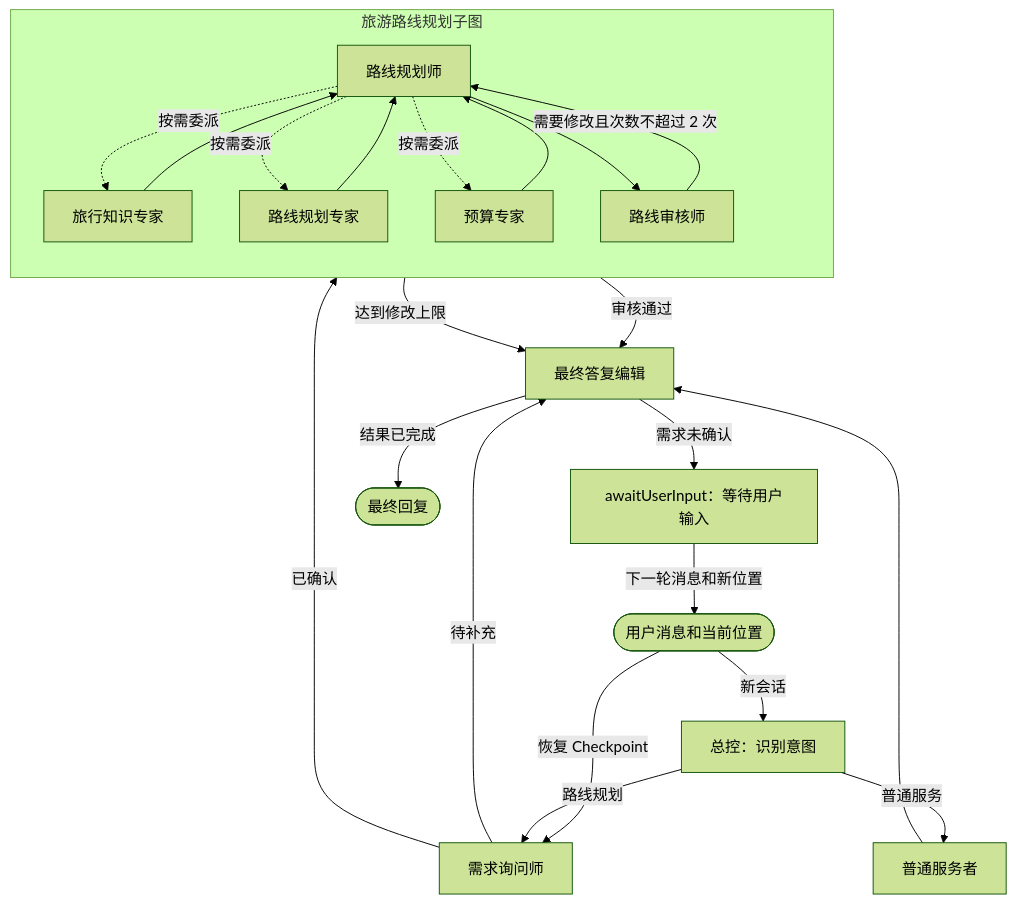
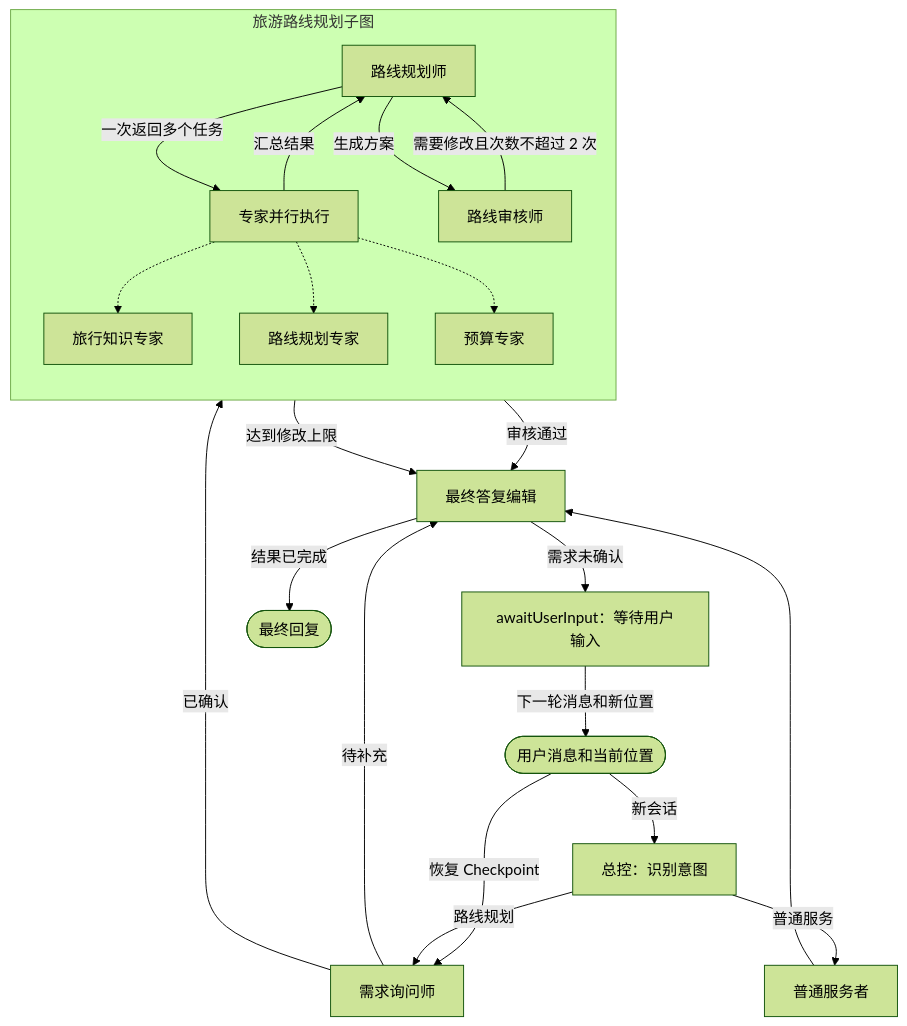
The second of 2 diagrams in README.md (NDAKJin/travel-agent), drawn with Mermaid (forest theme) before and after one commit. The commit also changed other lines of this file and 12 other files, not shown here.

````diff
--- a/README.md
+++ b/README.md
@@ -73,39 +75,39 @@
 ```mermaid
 flowchart TD
     message(["用户消息和当前位置"])
     supervisor["总控：识别意图"]
     requirements["需求询问师"]
     subgraph routePlanning["旅游路线规划子图"]
         direction TB
         planner["路线规划师"]
+        parallel["专家并行执行"]
         knowledge["旅行知识专家"]
         routeExpert["路线规划专家"]
         budget["预算专家"]
         reviewer["路线审核师"]
-        planner -.->|按需委派| knowledge
-        planner -.->|按需委派| routeExpert
-        planner -.->|按需委派| budget
-        knowledge --> planner
-        routeExpert --> planner
-        budget --> planner
-        planner --> reviewer
+        planner -->|一次返回多个任务| parallel
+        parallel -.-> knowledge
+        parallel -.-> routeExpert
+        parallel -.-> budget
+        parallel -->|汇总结果| planner
+        planner -->|生成方案| reviewer
         reviewer -->|需要修改且次数不超过 2 次| planner
     end
     normal["普通服务者"]
     finalize["最终答复编辑"]
     wait["awaitUserInput：等待用户输入"]
     response(["最终回复"])
 
     message -->|新会话| supervisor
     message -->|恢复 Checkpoint| requirements
     supervisor -->|路线规划| requirements
     supervisor -->|普通服务| normal
     requirements -->|已确认| planner
     requirements -->|待补充| finalize
     reviewer -->|审核通过| finalize
     reviewer -->|达到修改上限| finalize
     normal --> finalize
     finalize -->|需求未确认| wait
     finalize -->|结果已完成| response
     wait -->|下一轮消息和新位置| message
 ```
````
